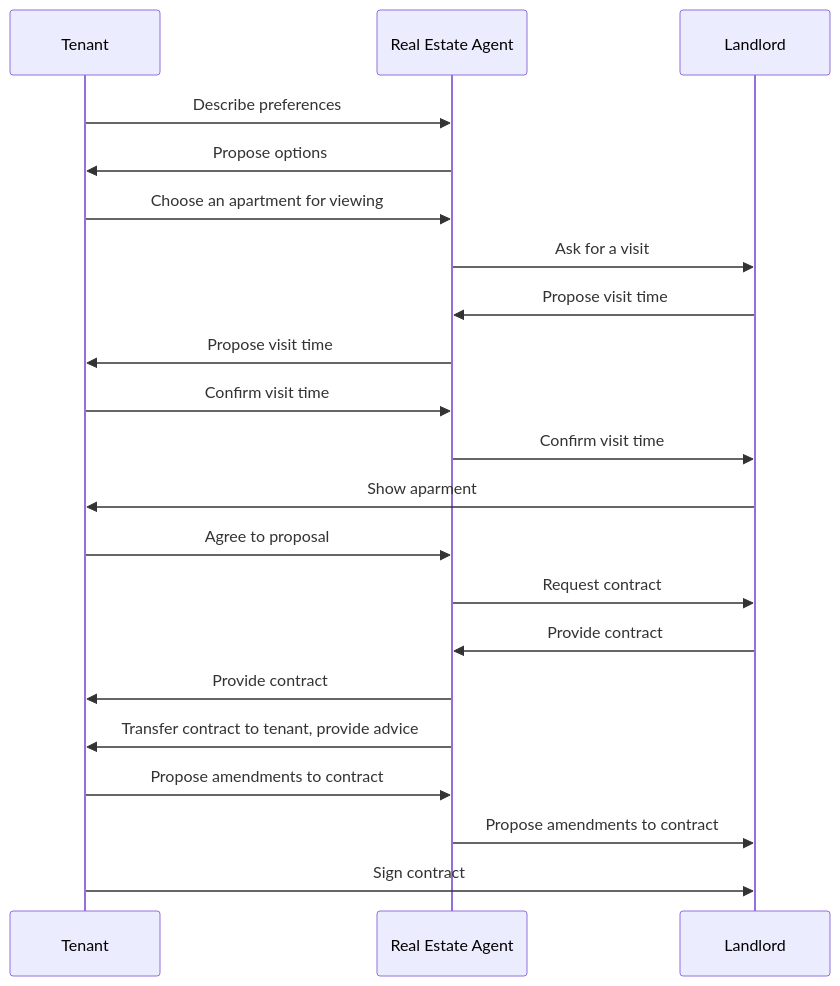
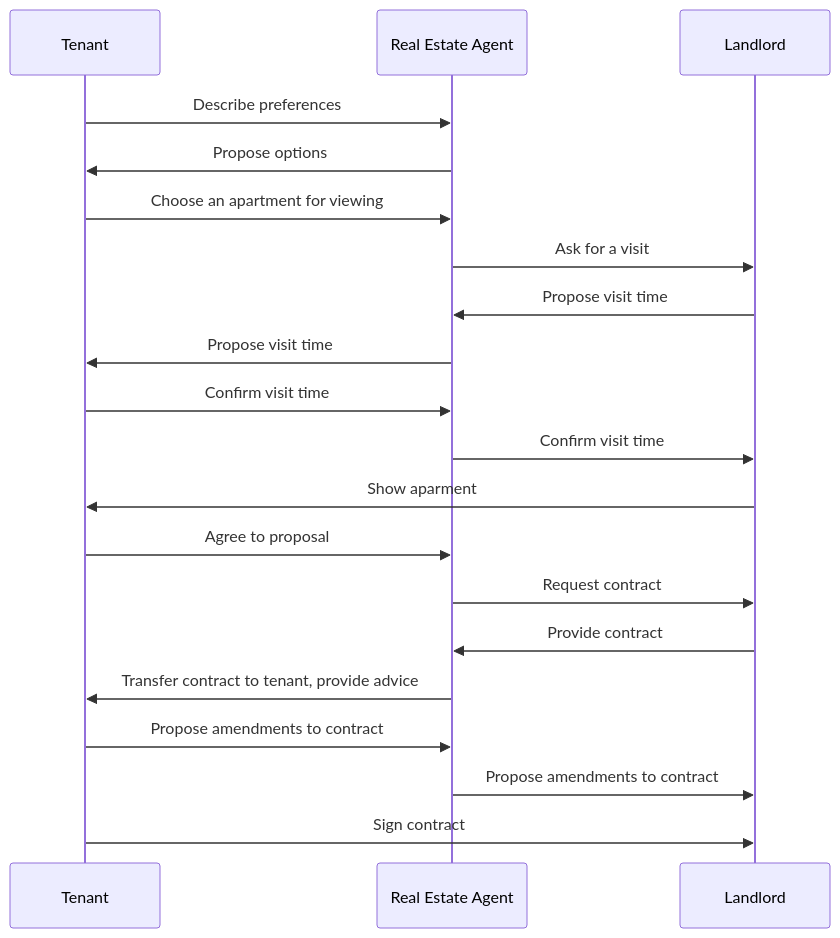
The diagram in student-work/2023/Sergey-Boroditsky/sequence_diagram.md (yusale9/student-showcase), drawn with Mermaid before and after one commit.

````diff
--- a/student-work/2023/Sergey-Boroditsky/sequence_diagram.md
+++ b/student-work/2023/Sergey-Boroditsky/sequence_diagram.md
@@ -3,20 +3,19 @@
 ```mermaid
 sequenceDiagram
     Tenant->>Real Estate Agent: Describe preferences;
     Real Estate Agent->>Tenant: Propose options;
     Tenant->>Real Estate Agent: Choose an apartment for viewing;
     Real Estate Agent->>Landlord: Ask for a visit;
     Landlord->>Real Estate Agent: Propose visit time;
     Real Estate Agent->>Tenant: Propose visit time;
     Tenant->>Real Estate Agent: Confirm visit time;
     Real Estate Agent->>Landlord: Confirm visit time;
     Landlord->>Tenant: Show aparment;
     Tenant->>Real Estate Agent: Agree to proposal;
     Real Estate Agent->>Landlord: Request contract;
     Landlord->>Real Estate Agent: Provide contract;
-    Real Estate Agent->>Tenant: Provide contract;
     Real Estate Agent->>Tenant: Transfer contract to tenant, provide advice;
     Tenant->>Real Estate Agent: Propose amendments to contract;
     Real Estate Agent->>Landlord: Propose amendments to contract;
     Tenant->>Landlord: Sign contract;
 ```
````
